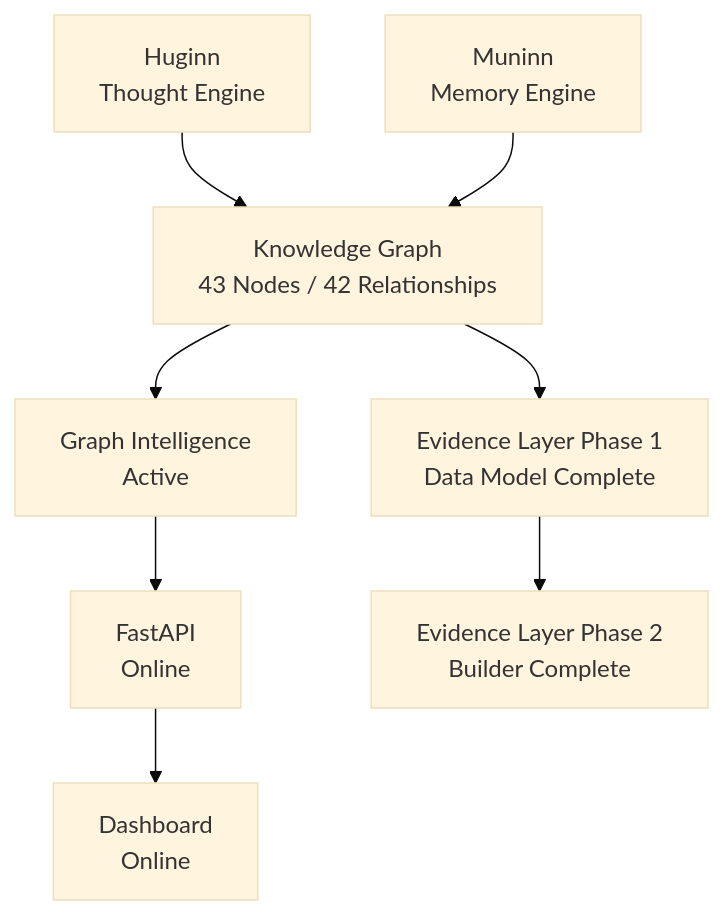
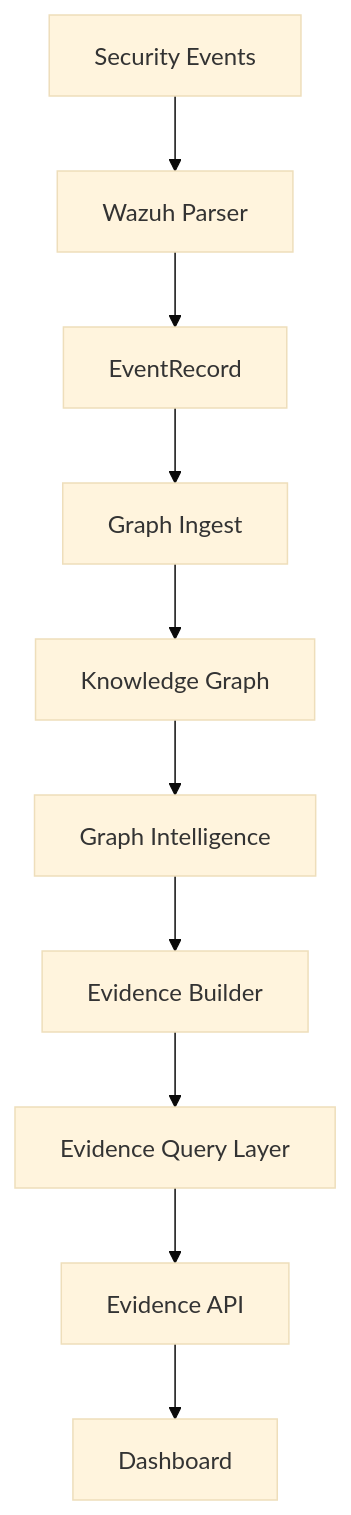
The diagram in docs/CURRENT_PLATFORM_STATE.md (dacyborg87/huginn-munnin), drawn with Mermaid (base theme) before and after one commit. The commit also changed other lines of this file and 1 other file, not shown here.

Commit message:
Document real data pipeline milestone

````diff
--- a/docs/CURRENT_PLATFORM_STATE.md
+++ b/docs/CURRENT_PLATFORM_STATE.md
@@ -26,10 +5,12 @@
 ```mermaid
 flowchart TD
-    H["Huginn<br/>Thought Engine"] --> KG["Knowledge Graph<br/>43 Nodes / 42 Relationships"]
-    M["Muninn<br/>Memory Engine"] --> KG
-    KG --> GI["Graph Intelligence<br/>Active"]
-    GI --> API["FastAPI<br/>Online"]
-    API --> DASH["Dashboard<br/>Online"]
-    KG --> EV1["Evidence Layer Phase 1<br/>Data Model Complete"]
-    EV1 --> EV2["Evidence Layer Phase 2<br/>Builder Complete"]
+    A["Security Events"] --> B["Wazuh Parser"]
+    B --> C["EventRecord"]
+    C --> D["Graph Ingest"]
+    D --> E["Knowledge Graph"]
+    E --> F["Graph Intelligence"]
+    F --> G["Evidence Builder"]
+    G --> H["Evidence Query Layer"]
+    H --> I["Evidence API"]
+    I --> J["Dashboard"]
 ```
````
